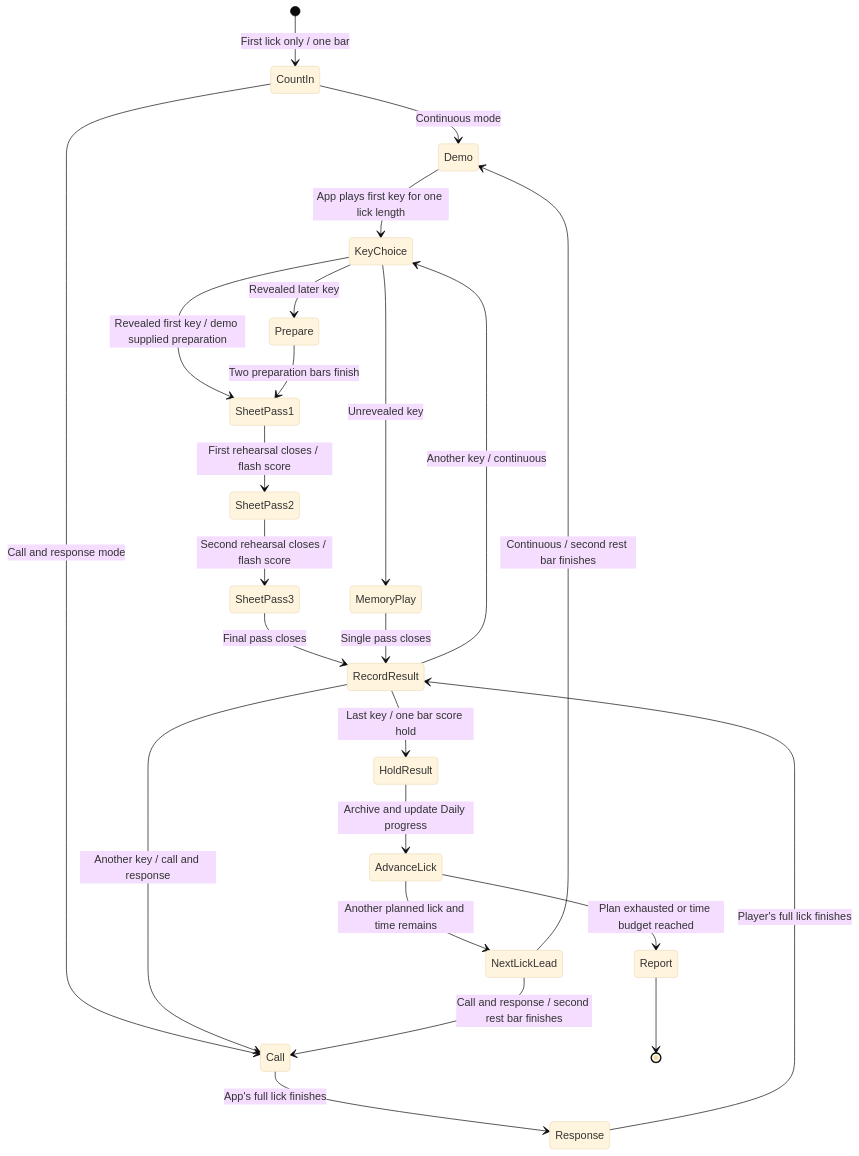
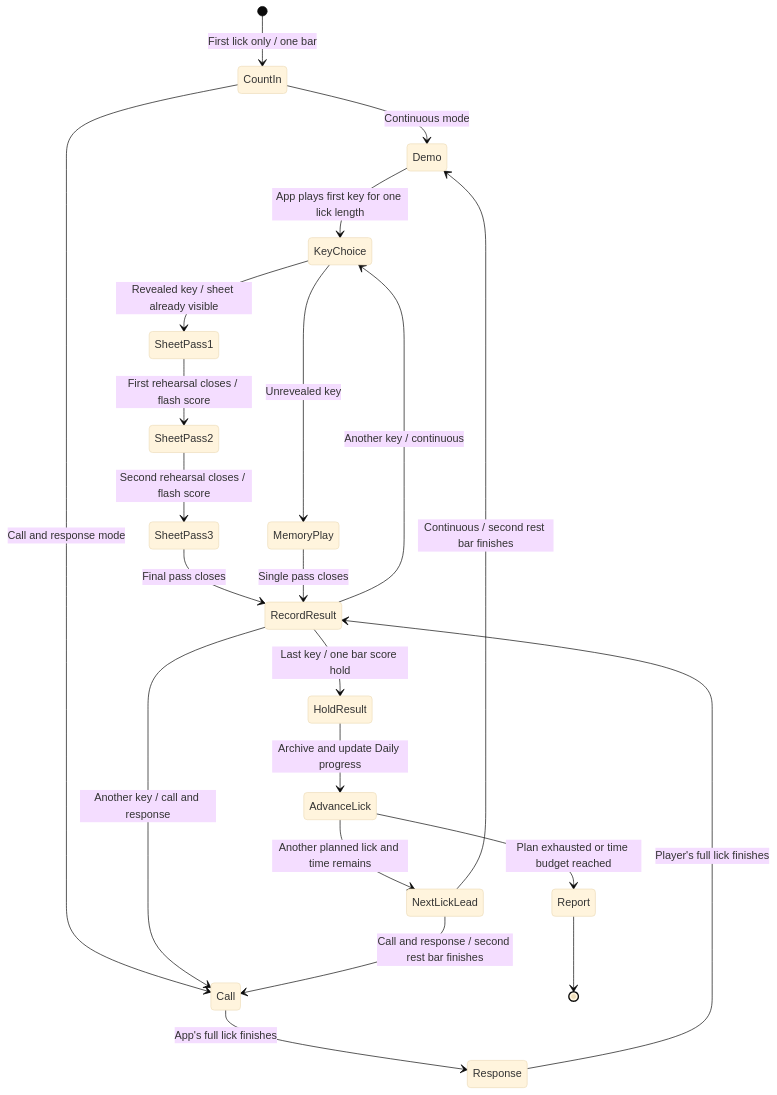
One commit to avitus/mankunku changed the second of 10 diagrams in documentation/architecture/lick-practice-state-machines.md. Above: the diagram before and after it, drawn with Mermaid (base theme). The commit also changed other lines of this file and 13 other files, not shown here.

````diff
--- a/documentation/architecture/lick-practice-state-machines.md
+++ b/documentation/architecture/lick-practice-state-machines.md
@@ -77,26 +77,24 @@
 ```mermaid
 stateDiagram-v2
     [*] --> CountIn: First lick only / one bar
     CountIn --> Demo: Continuous mode
     CountIn --> Call: Call and response mode
     Demo --> KeyChoice: App plays first key for one lick length
-    KeyChoice --> Prepare: Revealed later key
-    KeyChoice --> SheetPass1: Revealed first key / demo supplied preparation
+    KeyChoice --> SheetPass1: Revealed key / sheet already visible
     KeyChoice --> MemoryPlay: Unrevealed key
-    Prepare --> SheetPass1: Two preparation bars finish
     SheetPass1 --> SheetPass2: First rehearsal closes / flash score
     SheetPass2 --> SheetPass3: Second rehearsal closes / flash score
     SheetPass3 --> RecordResult: Final pass closes
     MemoryPlay --> RecordResult: Single pass closes
     Call --> Response: App's full lick finishes
     Response --> RecordResult: Player's full lick finishes
     RecordResult --> KeyChoice: Another key / continuous
     RecordResult --> Call: Another key / call and response
     RecordResult --> HoldResult: Last key / one bar score hold
     HoldResult --> AdvanceLick: Archive and update Daily progress
     AdvanceLick --> NextLickLead: Another planned lick and time remains
     NextLickLead --> Demo: Continuous / second rest bar finishes
     NextLickLead --> Call: Call and response / second rest bar finishes
     AdvanceLick --> Report: Plan exhausted or time budget reached
     Report --> [*]
 ```
````
